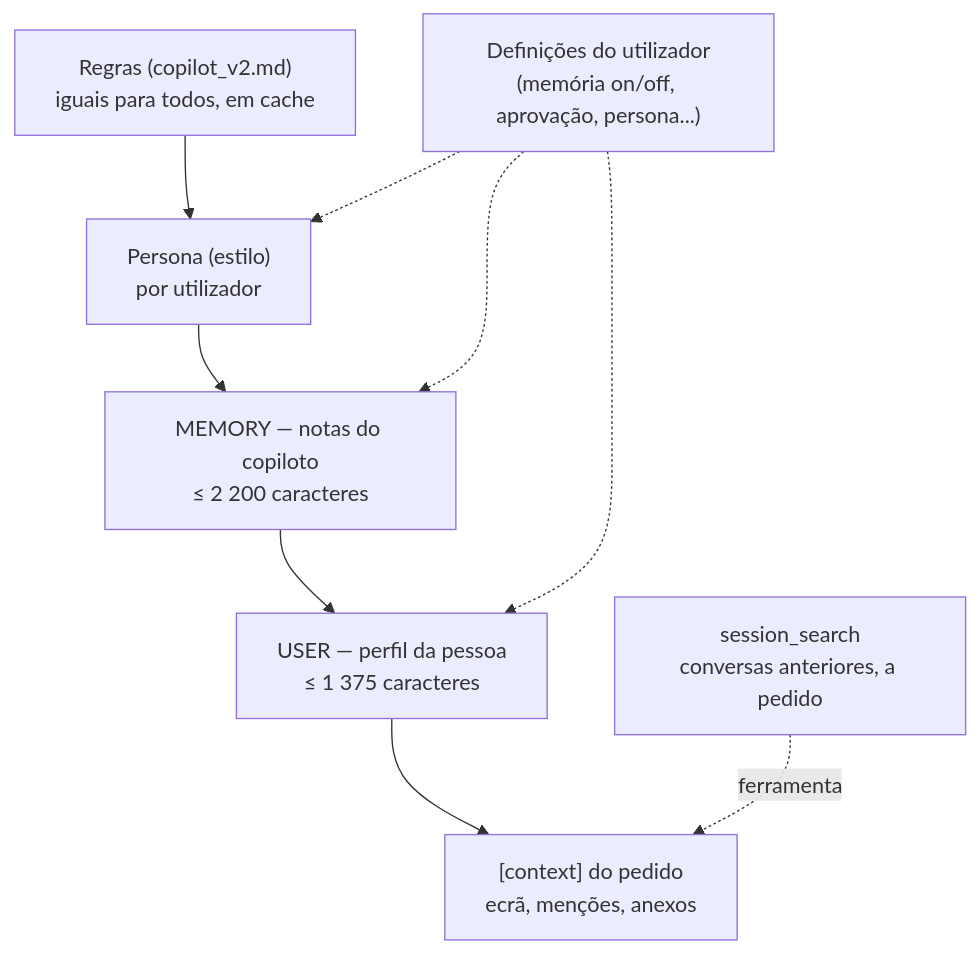
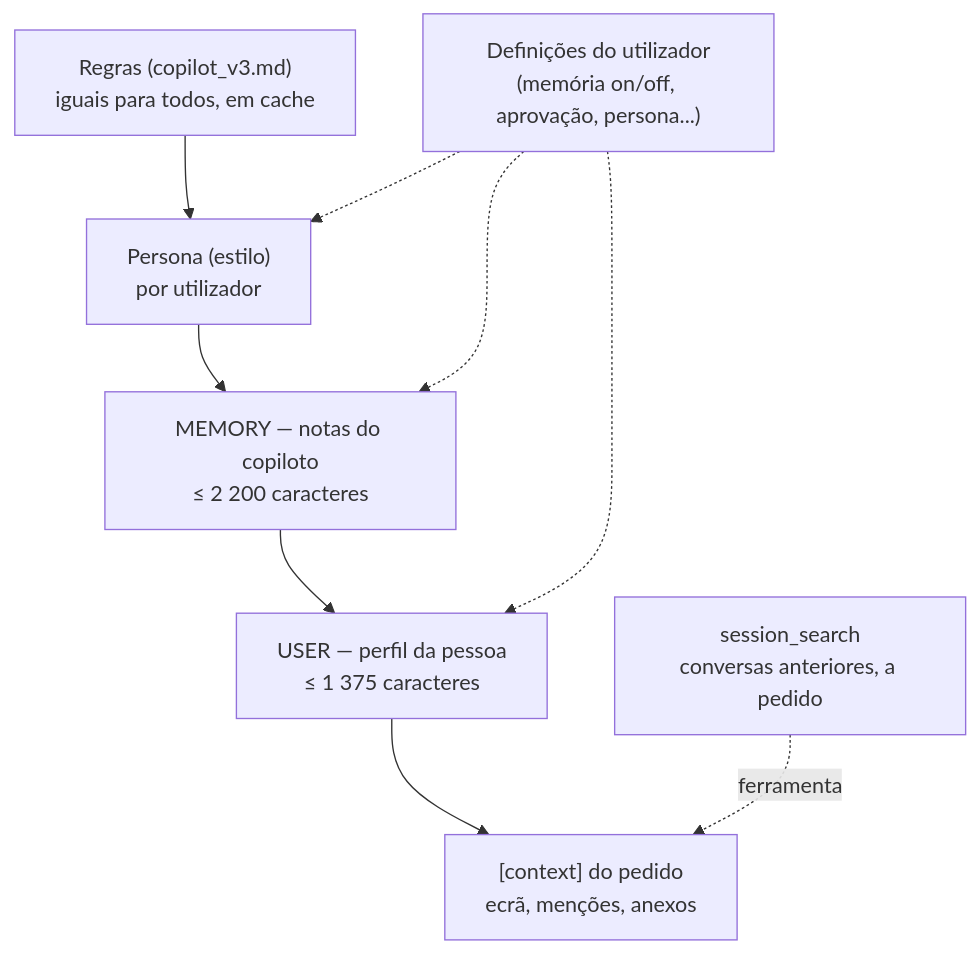
The fifth of 5 diagrams in docs/engenharia/copiloto.md (helderpgoncalves/novelo), drawn with Mermaid before and after one commit. The commit also changed 24 other files, not shown here.

````diff
--- a/docs/engenharia/copiloto.md
+++ b/docs/engenharia/copiloto.md
@@ -274,14 +274,14 @@
 ```mermaid
 flowchart TB
-    R["Regras (copilot_v2.md)<br/>iguais para todos, em cache"]
+    R["Regras (copilot_v3.md)<br/>iguais para todos, em cache"]
     P["Persona (estilo)<br/>por utilizador"]
     M["MEMORY — notas do copiloto<br/>≤ 2 200 caracteres"]
     U["USER — perfil da pessoa<br/>≤ 1 375 caracteres"]
     S["session_search<br/>conversas anteriores, a pedido"]
     C["[context] do pedido<br/>ecrã, menções, anexos"]
     R --> P --> M --> U --> C
     S -.->|"ferramenta"| C
     D["Definições do utilizador<br/>(memória on/off, aprovação, persona...)"] -.-> P
     D -.-> M
     D -.-> U
 ```
````
